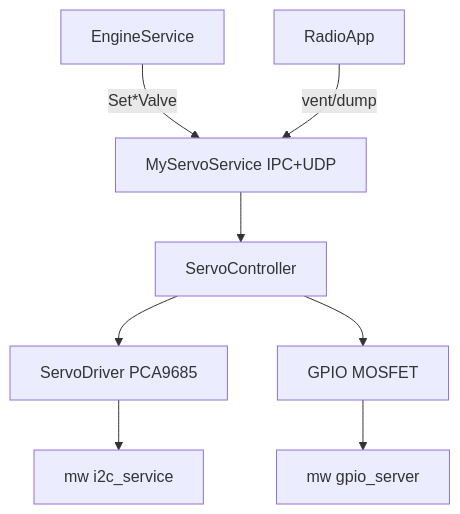
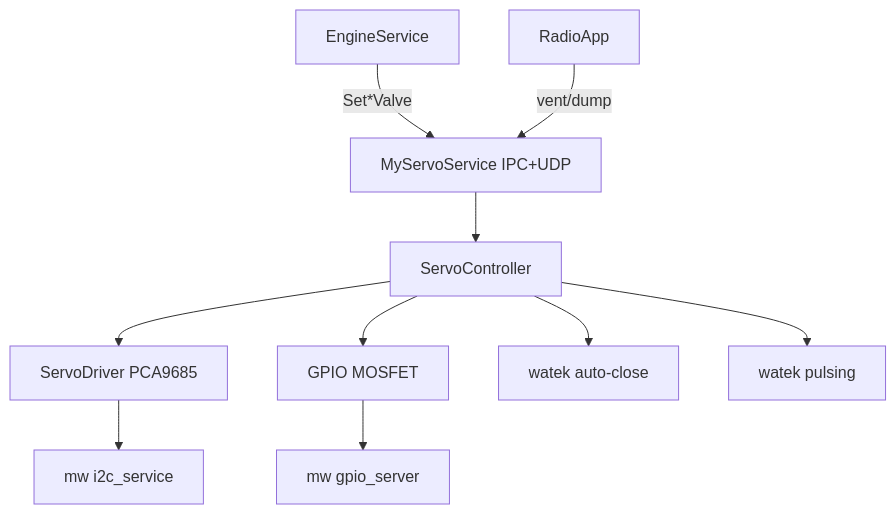
Before and after one commit to Simba-Avionic/srp: the first of 3 diagrams in apps/ec/ServoService/README.md, drawn with Mermaid. The commit also changed other lines of this file, not shown here.

````diff
--- a/apps/ec/ServoService/README.md
+++ b/apps/ec/ServoService/README.md
@@ -31,10 +31,12 @@
 ```mermaid
 flowchart TB
   Engine[EngineService] -->|Set*Valve| Skel[MyServoService IPC+UDP]
   Radio[RadioApp] -->|vent/dump| Skel
   Skel --> Ctrl[ServoController]
   Ctrl --> Drv[ServoDriver PCA9685]
   Ctrl --> GPIO[GPIO MOSFET]
   Drv --> I2C[mw i2c_service]
   GPIO --> GMW[mw gpio_server]
+  Ctrl --> CT[watek auto-close]
+  Ctrl --> PT[watek pulsing]
 ```
````
